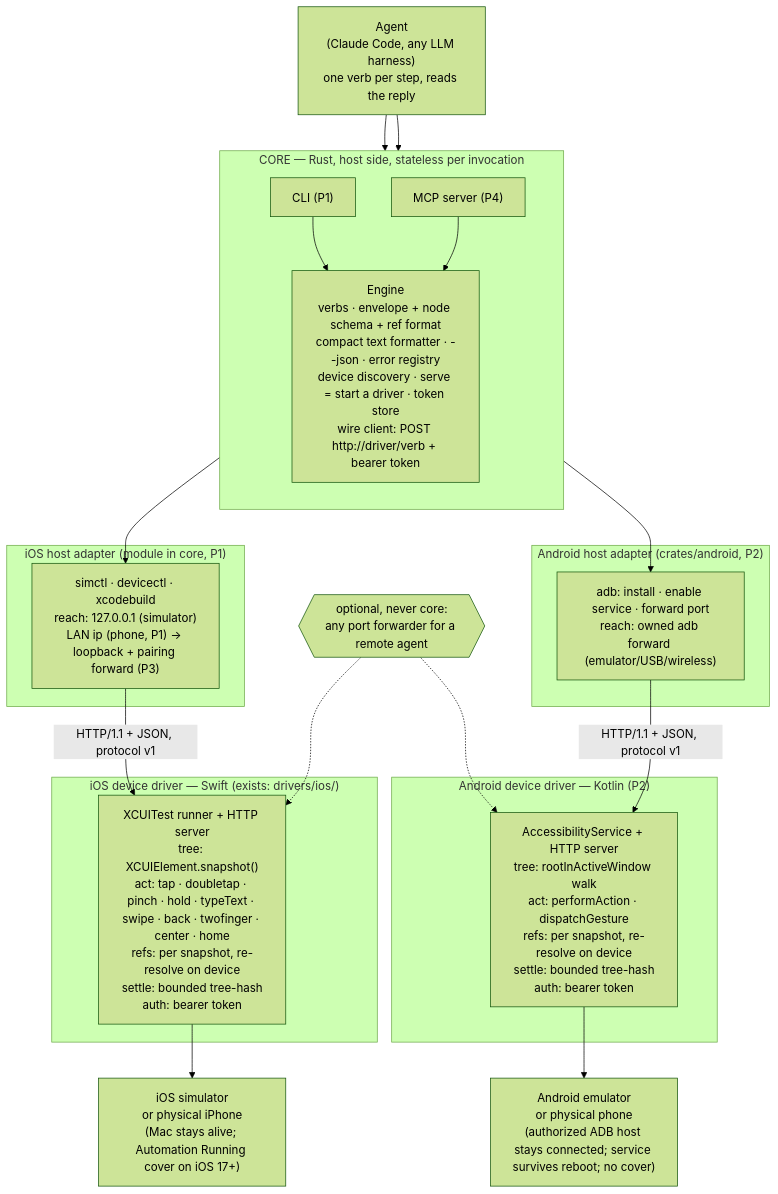
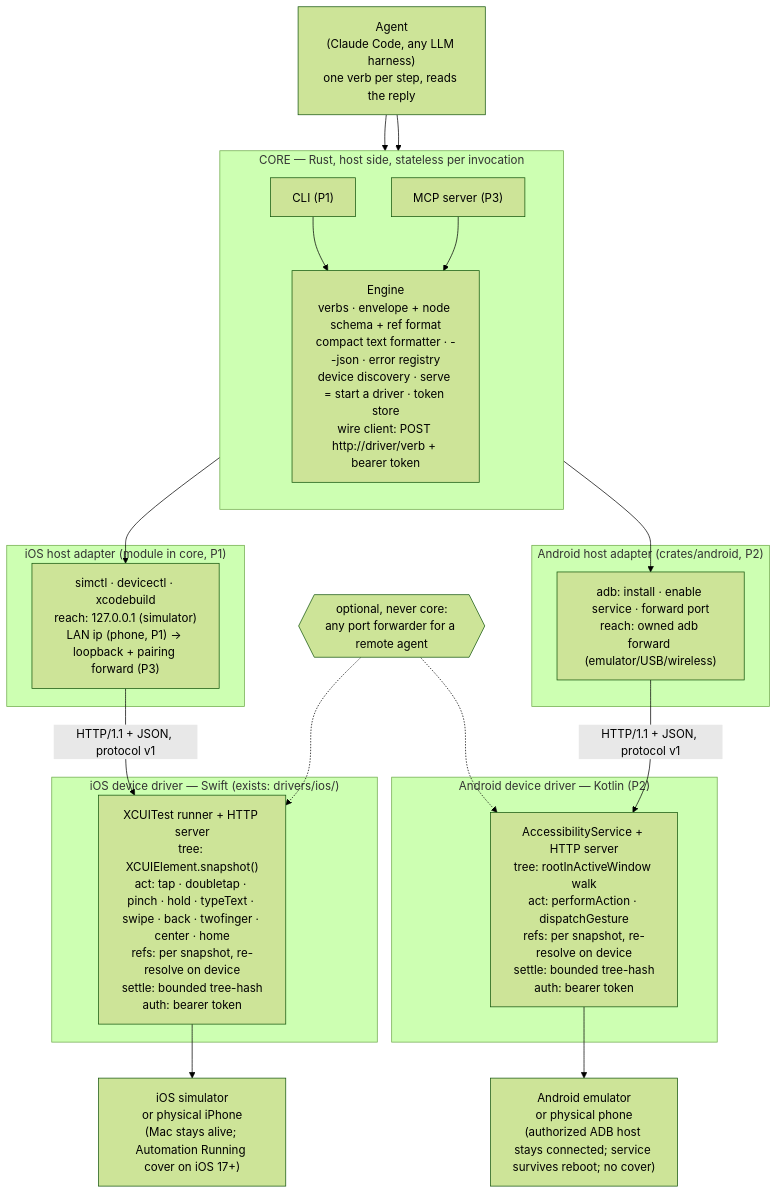
The diagram in docs/PRD.md (lahfir/agent-mobile), drawn with Mermaid (forest theme) before and after one commit. The commit also changed other lines of this file and 56 other files, not shown here.

First line of the commit message:
feat: P3 reliability gate with the MCP server (#8)

````diff
--- a/docs/PRD.md
+++ b/docs/PRD.md
@@ -62,45 +64,45 @@
 ```mermaid
 flowchart TB
     AGENT["Agent<br/>(Claude Code, any LLM harness)<br/>one verb per step, reads the reply"]
 
     subgraph CORE["CORE — Rust, host side, stateless per invocation"]
         direction TB
         CLI["CLI (P1)"]
-        MCP["MCP server (P4)"]
+        MCP["MCP server (P3)"]
         ENGINE["Engine<br/>verbs · envelope + node schema + ref format<br/>compact text formatter · --json · error registry<br/>device discovery · serve = start a driver · token store<br/>wire client: POST http://driver/verb + bearer token"]
         CLI --> ENGINE
         MCP --> ENGINE
     end
 
     subgraph IOSHOST["iOS host adapter (module in core, P1)"]
         IOSA["simctl · devicectl · xcodebuild<br/>reach: 127.0.0.1 (simulator)<br/>LAN ip (phone, P1) → loopback + pairing forward (P3)"]
     end
 
     subgraph ANDHOST["Android host adapter (crates/android, P2)"]
         ANDA["adb: install · enable service · forward port<br/>reach: owned adb forward (emulator/USB/wireless)"]
     end
 
     TUNNEL{{"optional, never core:<br/>any port forwarder for a remote agent"}}
 
     subgraph IOSDRV["iOS device driver — Swift (exists: drivers/ios/)"]
         IOSD["XCUITest runner + HTTP server<br/>tree: XCUIElement.snapshot()<br/>act: tap · doubletap · pinch · hold · typeText · swipe · back · twofinger · center · home<br/>refs: per snapshot, re-resolve on device<br/>settle: bounded tree-hash<br/>auth: bearer token"]
     end
 
     subgraph ANDDRV["Android device driver — Kotlin (P2)"]
         ANDD["AccessibilityService + HTTP server<br/>tree: rootInActiveWindow walk<br/>act: performAction · dispatchGesture<br/>refs: per snapshot, re-resolve on device<br/>settle: bounded tree-hash<br/>auth: bearer token"]
     end
 
     IOSDEV["iOS simulator<br/>or physical iPhone<br/>(Mac stays alive; Automation Running cover on iOS 17+)"]
     ANDDEV["Android emulator<br/>or physical phone<br/>(authorized ADB host stays connected; service survives reboot; no cover)"]
 
     AGENT --> CLI
     AGENT --> MCP
     ENGINE --> IOSA
     ENGINE --> ANDA
     IOSA -- "HTTP/1.1 + JSON, protocol v1" --> IOSD
     ANDA -- "HTTP/1.1 + JSON, protocol v1" --> ANDD
     TUNNEL -.-> IOSD
     TUNNEL -.-> ANDD
     IOSD --> IOSDEV
     ANDD --> ANDDEV
 ```
````
